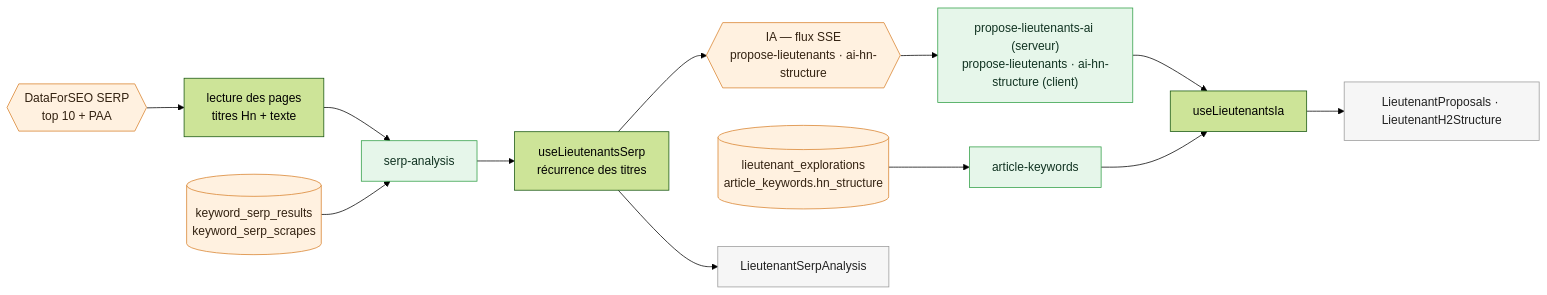
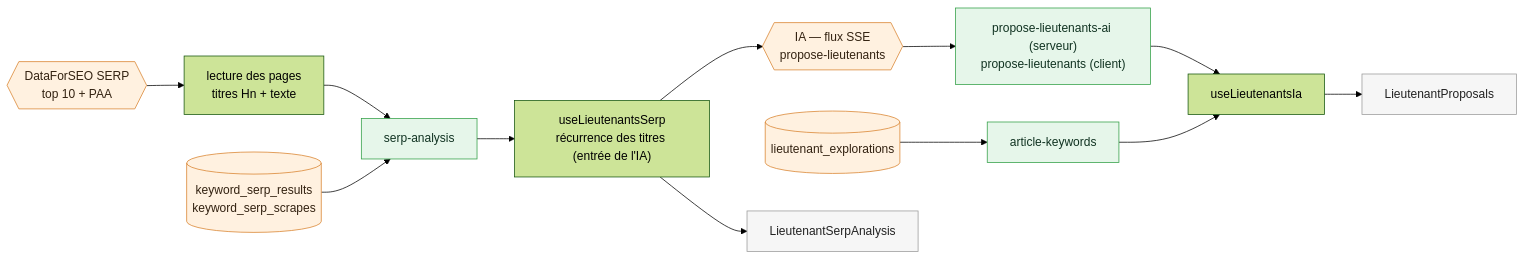
One commit to annubis-knight/Blog_Redactor_SEO changed diagram 24 of 42 in docs/contrats-affichage-moteur.md. Above: the diagram before and after it, drawn with Mermaid (forest theme). The commit also changed other lines of this file and 11 other files, not shown here.

````diff
--- a/docs/contrats-affichage-moteur.md
+++ b/docs/contrats-affichage-moteur.md
@@ -724,17 +726,17 @@
 ```mermaid
 flowchart LR
   DFS{{"DataForSEO SERP<br/>top 10 + PAA"}}:::src --> SC["lecture des pages<br/>titres Hn + texte"]
   SC --> K1["serp-analysis"]:::contrat
   DB1[("keyword_serp_results<br/>keyword_serp_scrapes")]:::src --> K1
-  K1 --> LS["useLieutenantsSerp<br/>récurrence des titres"]
-  LS --> IA{{"IA — flux SSE<br/>propose-lieutenants · ai-hn-structure"}}:::src
-  IA --> K2["propose-lieutenants-ai (serveur)<br/>propose-lieutenants · ai-hn-structure (client)"]:::contrat
+  K1 --> LS["useLieutenantsSerp<br/>récurrence des titres (entrée de l'IA)"]
+  LS --> IA{{"IA — flux SSE<br/>propose-lieutenants"}}:::src
+  IA --> K2["propose-lieutenants-ai (serveur)<br/>propose-lieutenants (client)"]:::contrat
   K2 --> LI["useLieutenantsIa"]
-  DB2[("lieutenant_explorations<br/>article_keywords.hn_structure")]:::src --> K3["article-keywords"]:::contrat
+  DB2[("lieutenant_explorations")]:::src --> K3["article-keywords"]:::contrat
   K3 --> LI
-  LI --> UI["LieutenantProposals · LieutenantH2Structure"]:::zone
+  LI --> UI["LieutenantProposals"]:::zone
   LS --> UI2["LieutenantSerpAnalysis"]:::zone
   classDef src fill:#fff1e0,stroke:#d9822b,color:#321
   classDef contrat fill:#e6f6ea,stroke:#2f9e44,color:#132
   classDef zone fill:#f6f6f6,stroke:#999,color:#222
 ```
````
